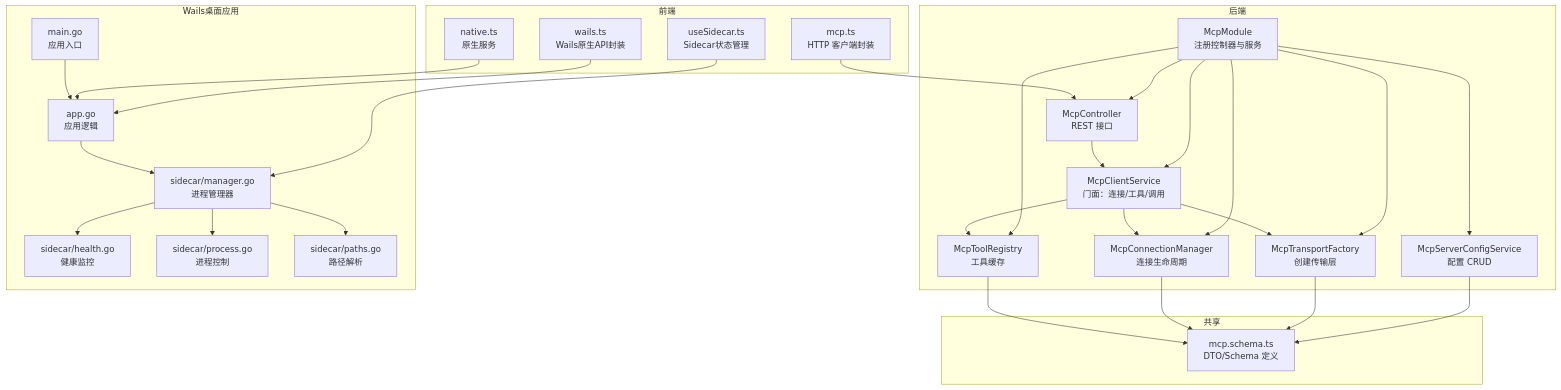
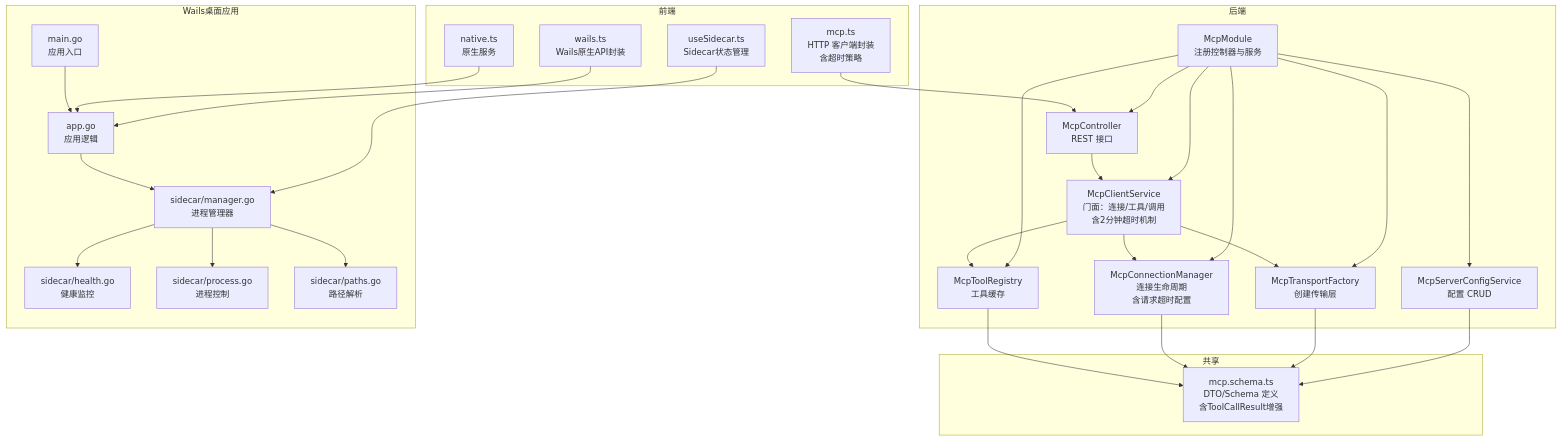
The first of 16 diagrams in .qoder/repowiki/zh/content/核心模块/MCP工具系统/MCP客户端集成.md (xixixiaoyu/Todo), drawn with Mermaid before and after one commit. The commit also changed other lines of this file and 3 other files, not shown here.

````diff
--- a/.qoder/repowiki/zh/content/核心模块/MCP工具系统/MCP客户端集成.md
+++ b/.qoder/repowiki/zh/content/核心模块/MCP工具系统/MCP客户端集成.md
@@ -65,52 +67,52 @@
 ```mermaid
 graph TB
 subgraph "后端"
 A["McpModule<br/>注册控制器与服务"]
 B["McpController<br/>REST 接口"]
-C["McpClientService<br/>门面：连接/工具/调用"]
+C["McpClientService<br/>门面：连接/工具/调用<br/>含2分钟超时机制"]
 D["McpServerConfigService<br/>配置 CRUD"]
 E["McpTransportFactory<br/>创建传输层"]
-F["McpConnectionManager<br/>连接生命周期"]
+F["McpConnectionManager<br/>连接生命周期<br/>含请求超时配置"]
 G["McpToolRegistry<br/>工具缓存"]
 end
 subgraph "共享"
-H["mcp.schema.ts<br/>DTO/Schema 定义"]
+H["mcp.schema.ts<br/>DTO/Schema 定义<br/>含ToolCallResult增强"]
 end
 subgraph "前端"
-I["mcp.ts<br/>HTTP 客户端封装"]
+I["mcp.ts<br/>HTTP 客户端封装<br/>含超时策略"]
 J["wails.ts<br/>Wails原生API封装"]
 K["useSidecar.ts<br/>Sidecar状态管理"]
 L["native.ts<br/>原生服务"]
 end
 subgraph "Wails桌面应用"
 M["main.go<br/>应用入口"]
 N["app.go<br/>应用逻辑"]
 O["sidecar/manager.go<br/>进程管理器"]
 P["sidecar/health.go<br/>健康监控"]
 Q["sidecar/process.go<br/>进程控制"]
 R["sidecar/paths.go<br/>路径解析"]
 end
 A --> B
 A --> C
 A --> D
 A --> E
 A --> F
 A --> G
 B --> C
 C --> E
 C --> F
 C --> G
 D --> H
 E --> H
 F --> H
 G --> H
 I --> B
 J --> N
 K --> O
 L --> N
 M --> N
 N --> O
 O --> P
 O --> Q
 O --> R
 ```
````
